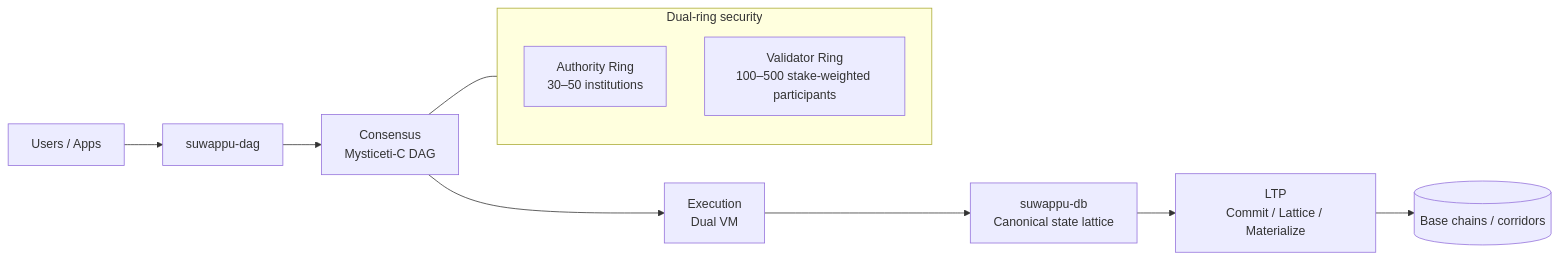
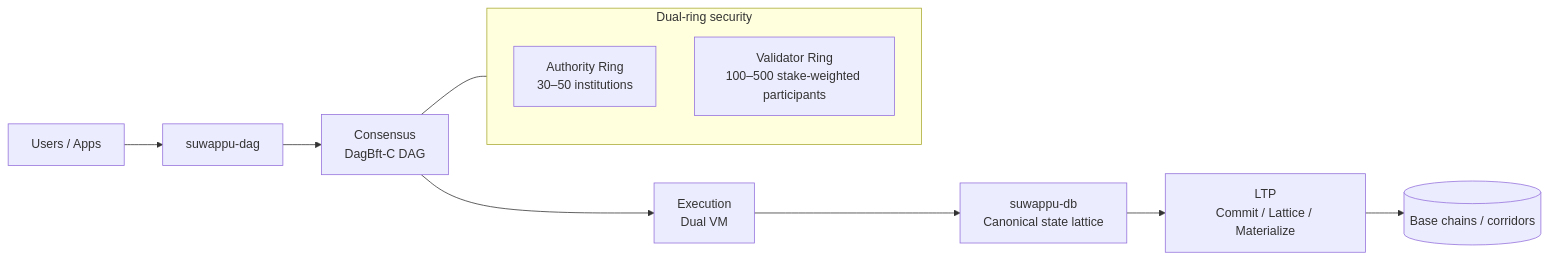
One commit to Suwappu-Labs/suwappu-dag changed the first of 8 diagrams in docs/visuals/README.md. Above: the diagram before and after it, drawn with Mermaid. The commit also changed other lines of this file and 59 other files, not shown here.

````diff
--- a/docs/visuals/README.md
+++ b/docs/visuals/README.md
@@ -23,14 +23,14 @@
 ```mermaid
 flowchart LR
   Users[Users / Apps] --> DAG[suwappu-dag]
-  DAG --> C[Consensus<br/>Mysticeti-C DAG]
+  DAG --> C[Consensus<br/>DagBft-C DAG]
   C --> E[Execution<br/>Dual VM]
   E --> DB[suwappu-db<br/>Canonical state lattice]
   DB --> LTP[LTP<br/>Commit / Lattice / Materialize]
   LTP --> Corridors[(Base chains / corridors)]
   subgraph Rings[Dual-ring security]
     A[Authority Ring<br/>30–50 institutions]
     V[Validator Ring<br/>100–500 stake-weighted participants]
   end
   C --- Rings
 ```
````
